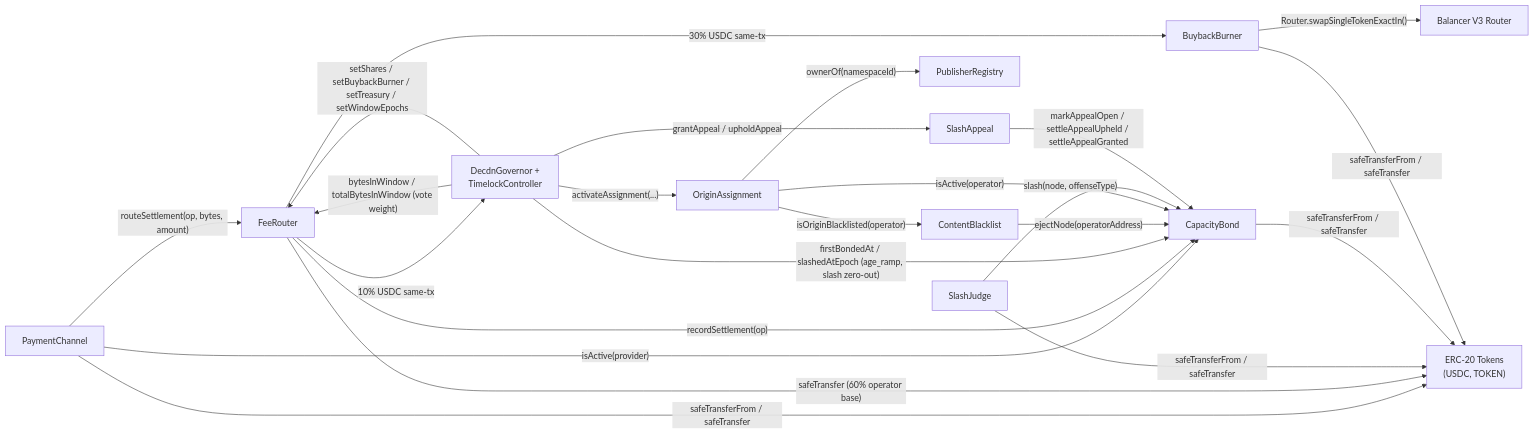
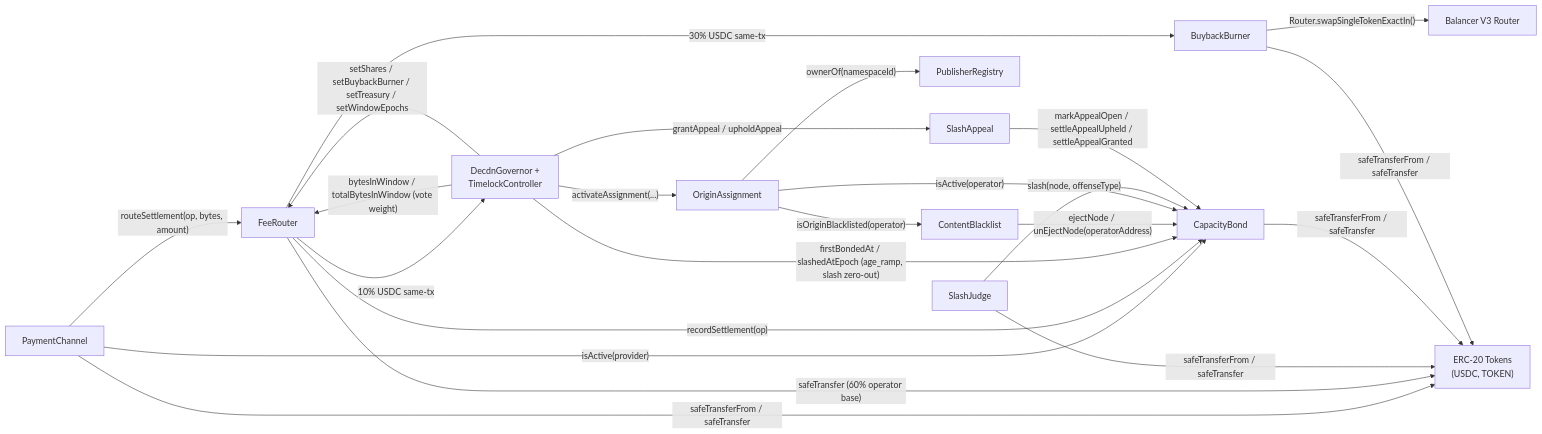
Before and after one commit to decdn/decdn: the third of 5 diagrams in adr/016-contract-interactions.md, drawn with Mermaid. The commit also changed other lines of this file and 7 other files, not shown here.

````diff
--- a/adr/016-contract-interactions.md
+++ b/adr/016-contract-interactions.md
@@ -374,38 +374,38 @@
 ```mermaid
 graph LR
     SPC["PaymentChannel"]
     CBOND["CapacityBond"]
     CB["ContentBlacklist"]
     PR["PublisherRegistry"]
     OA["OriginAssignment"]
     SJ["SlashJudge"]
     BB["BuybackBurner"]
     FR["FeeRouter"]
     SA["SlashAppeal"]
     GOV["DecdnGovernor +<br/>TimelockController"]
     ERC["ERC-20 Tokens<br/>(USDC, TOKEN)"]
     BAL["Balancer V3 Router"]
 
     SPC -->|"isActive(provider)"| CBOND
     SPC -->|"safeTransferFrom / safeTransfer"| ERC
     SPC -->|"routeSettlement(op, bytes, amount)"| FR
     FR -->|"recordSettlement(op)"| CBOND
     FR -->|"30% USDC same-tx"| BB
     FR -->|"10% USDC same-tx"| GOV
     FR -->|"safeTransfer (60% operator base)"| ERC
     GOV -->|"bytesInWindow / totalBytesInWindow (vote weight)"| FR
     GOV -->|"firstBondedAt / slashedAtEpoch (age_ramp, slash zero-out)"| CBOND
     GOV -->|"grantAppeal / upholdAppeal"| SA
     GOV -->|"setShares / setBuybackBurner / setTreasury / setWindowEpochs"| FR
-    CB -->|"ejectNode(operatorAddress)"| CBOND
+    CB -->|"ejectNode / unEjectNode(operatorAddress)"| CBOND
     OA -->|"isActive(operator)"| CBOND
     OA -->|"ownerOf(namespaceId)"| PR
     OA -->|"isOriginBlacklisted(operator)"| CB
     GOV -->|"activateAssignment(...)"| OA
     SJ -->|"slash(node, offenseType)"| CBOND
     SJ -->|"safeTransferFrom / safeTransfer"| ERC
     CBOND -->|"safeTransferFrom / safeTransfer"| ERC
     SA -->|"markAppealOpen / settleAppealUpheld / settleAppealGranted"| CBOND
     BB -->|"Router.swapSingleTokenExactIn()"| BAL
     BB -->|"safeTransferFrom / safeTransfer"| ERC
 ```
````
